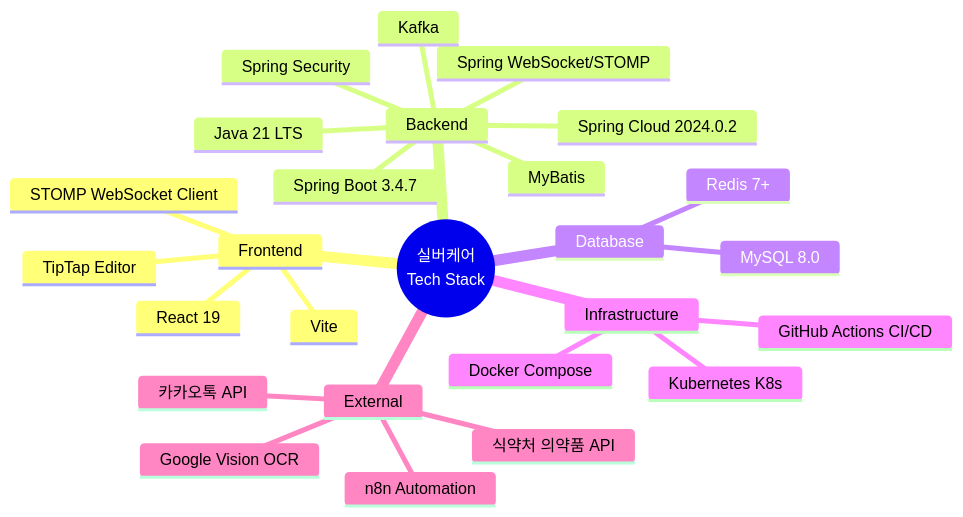
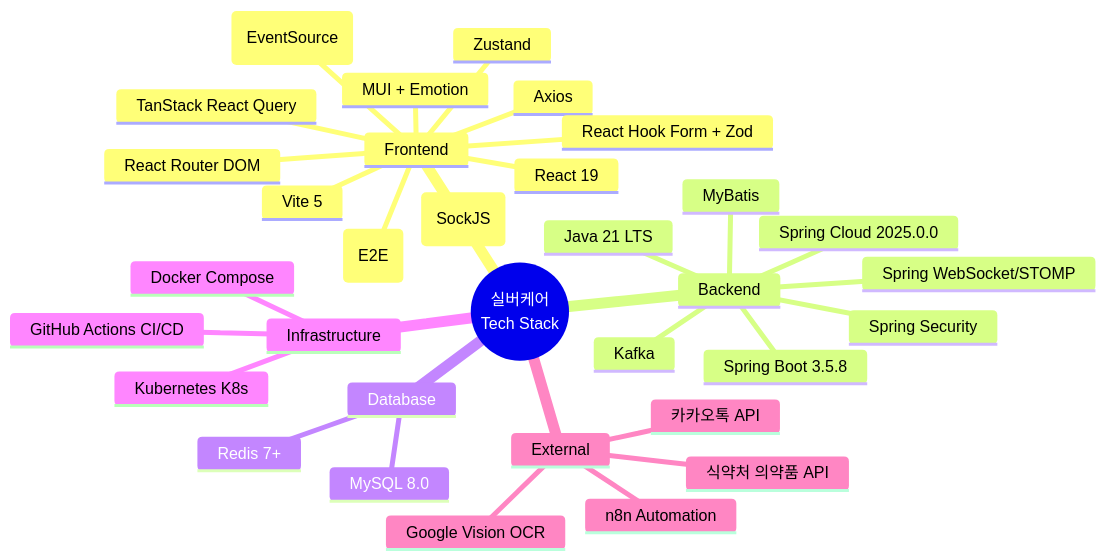
Before and after one commit to KOSA2025-FINAL-PROJECT-TEAM3/.github: the diagram in diagrams/09-tech-stack.mmd, drawn with Mermaid. The commit also changed 27 other files, not shown here.

```diff
--- a/diagrams/09-tech-stack.mmd
+++ b/diagrams/09-tech-stack.mmd
@@ -1,27 +1,34 @@
 mindmap
   root((실버케어<br/>Tech Stack))
     Frontend
       React 19
-      Vite
-      STOMP WebSocket Client
-      TipTap Editor
+      Vite 5
+      React Router DOM
+      MUI + Emotion
+      Zustand
+      TanStack React Query
+      Axios
+      React Hook Form + Zod
+      STOMP WebSocket Client (SockJS)
+      SSE (EventSource)
+      Playwright (E2E)
     Backend
       Java 21 LTS
-      Spring Boot 3.4.7
-      Spring Cloud 2024.0.2
+      Spring Boot 3.5.8
+      Spring Cloud 2025.0.0
       Spring Security
       Spring WebSocket/STOMP
       MyBatis
       Kafka
     Database
       MySQL 8.0
       Redis 7+
     Infrastructure
       Kubernetes K8s
       Docker Compose
       GitHub Actions CI/CD
     External
       Google Vision OCR
       식약처 의약품 API
       카카오톡 API
       n8n Automation
```
